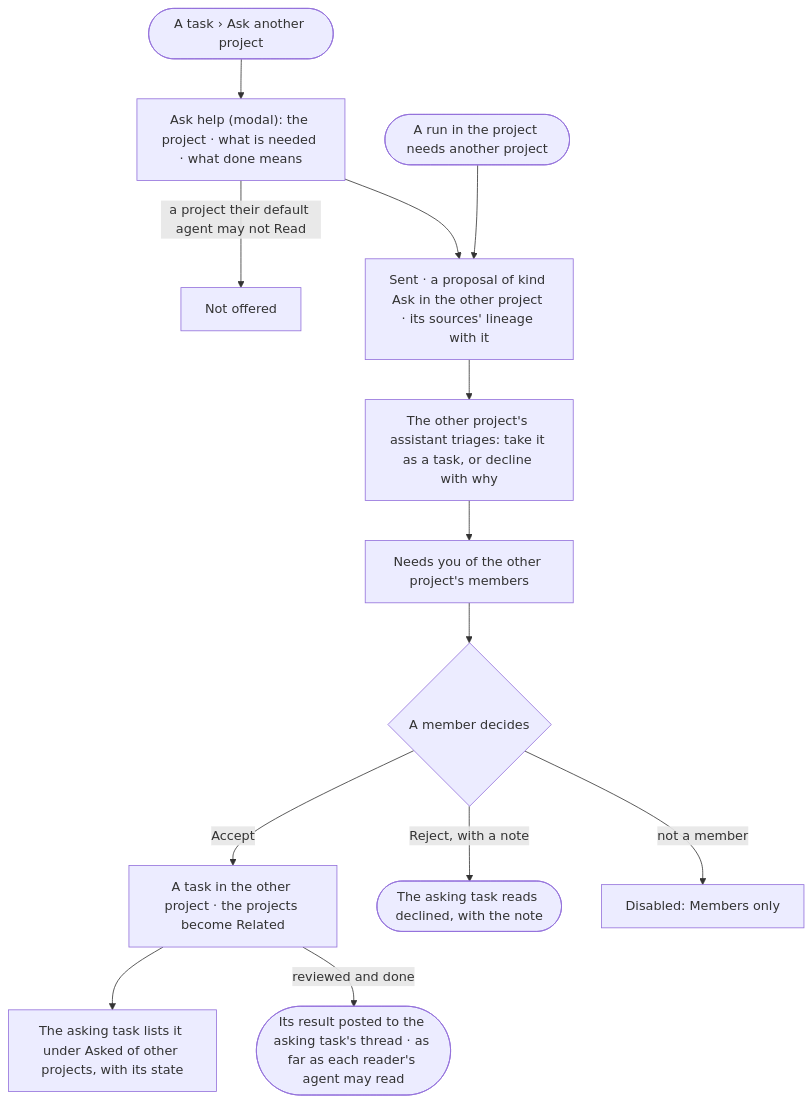
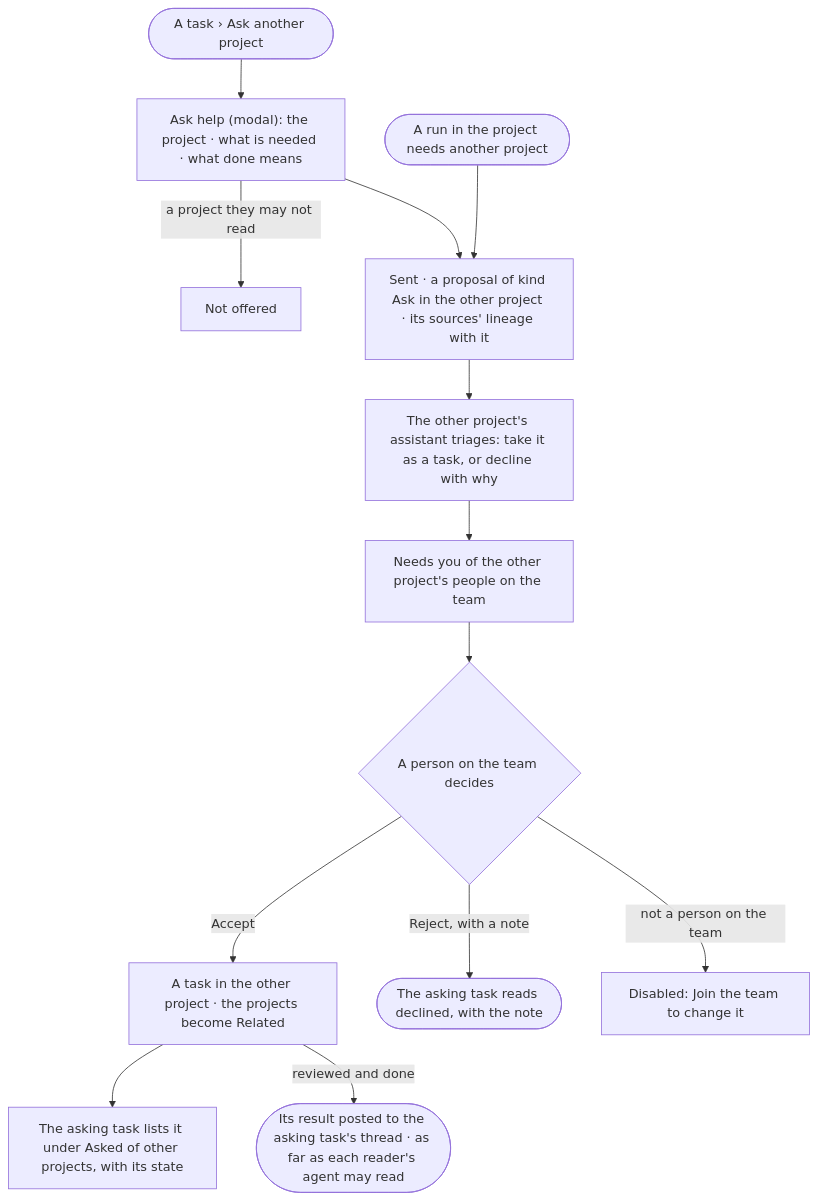
The first of 2 diagrams in specs/capabilities/projects/features/PJ-F01-projects-and-tasks/stories/PJ-24-ask-another-project-for-help/story.md (invana/invana), drawn with Mermaid before and after one commit. The commit also changed other lines of this file and 106 other files, not shown here.

````diff
--- a/specs/capabilities/projects/features/PJ-F01-projects-and-tasks/stories/PJ-24-ask-another-project-for-help/story.md
+++ b/specs/capabilities/projects/features/PJ-F01-projects-and-tasks/stories/PJ-24-ask-another-project-for-help/story.md
@@ -31,15 +31,15 @@
 ```mermaid
 flowchart TD
   s([A task › Ask another project]) --> m["Ask help (modal): the project · what is needed · what done means"]
-  m -->|a project their default agent may not Read| na["Not offered"]
+  m -->|a project they may not read| na["Not offered"]
   m --> sent["Sent · a proposal of kind Ask in the other project · its sources' lineage with it"]
   run([A run in the project needs another project]) --> sent
   sent --> tri["The other project's assistant triages: take it as a task, or decline with why"]
-  tri --> nb["Needs you of the other project's members"]
-  nb --> d{"A member decides"}
+  tri --> nb["Needs you of the other project's people on the team"]
+  nb --> d{"A person on the team decides"}
   d -->|Accept| t["A task in the other project · the projects become Related"]
   d -->|Reject, with a note| rj(["The asking task reads declined, with the note"])
-  d -->|not a member| nm["Disabled: Members only"]
+  d -->|not a person on the team| nm["Disabled: Join the team to change it"]
   t --> list["The asking task lists it under Asked of other projects, with its state"]
   t -->|reviewed and done| back(["Its result posted to the asking task's thread · as far as each reader's agent may read"])
 ```
````
